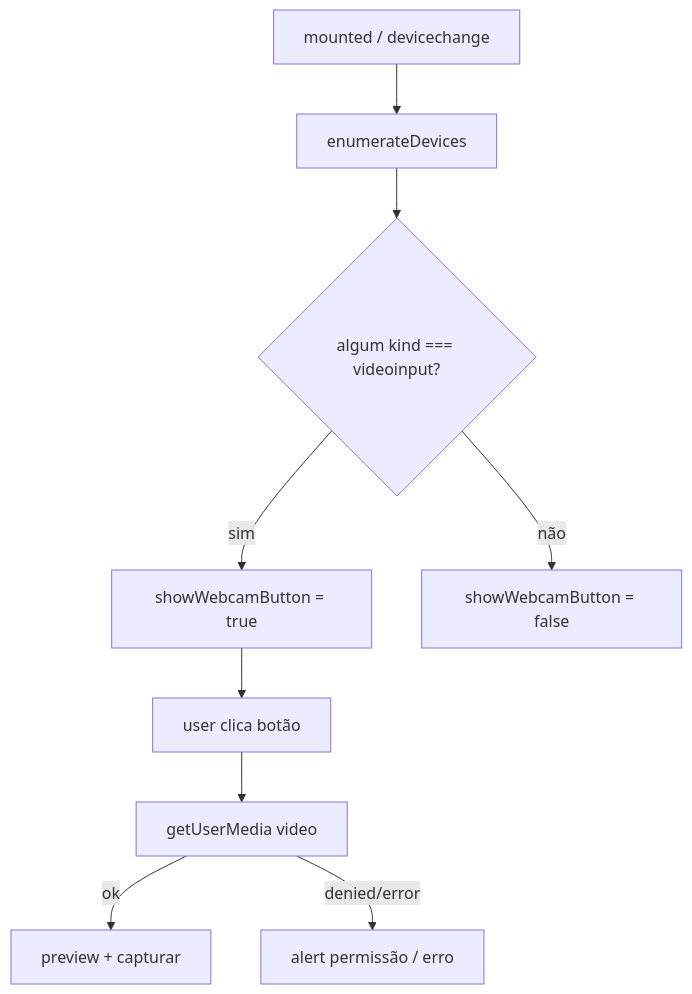
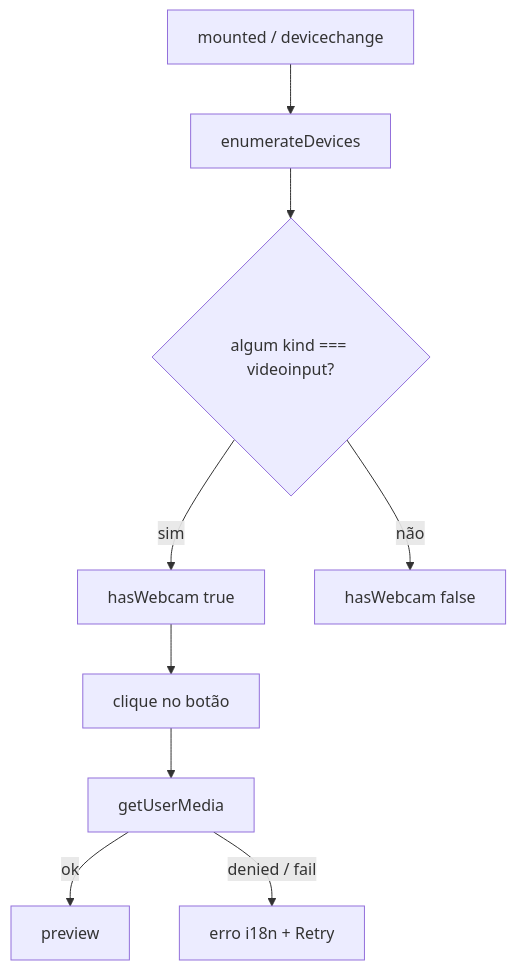
Before and after one commit to cesar-carlos/chatwoot: the second of 2 diagrams in doc/feature/webcam-photo-capture/implementation-decision-tree.md, drawn with Mermaid. The commit also changed other lines of this file and 14 other files, not shown here.

First line of the commit message:
fix(fork): keep the webcam ready when the camera permission is denied

````diff
--- a/doc/feature/webcam-photo-capture/implementation-decision-tree.md
+++ b/doc/feature/webcam-photo-capture/implementation-decision-tree.md
@@ -110,19 +95,19 @@
 ```mermaid
 flowchart TD
   S[mounted / devicechange]
   E[enumerateDevices]
   V{algum kind === videoinput?}
-  Show[showWebcamButton = true]
-  Hide[showWebcamButton = false]
-  Click[user clica botão]
-  GUM[getUserMedia video]
-  Ok[preview + capturar]
-  Err[alert permissão / erro]
+  Show[hasWebcam true]
+  Hide[hasWebcam false]
+  Click[clique no botão]
+  GUM[getUserMedia]
+  Ok[preview]
+  Err[erro i18n + Retry]
 
   S --> E --> V
   V -->|sim| Show
   V -->|não| Hide
   Show --> Click --> GUM
   GUM -->|ok| Ok
-  GUM -->|denied/error| Err
+  GUM -->|denied / fail| Err
 ```
````
